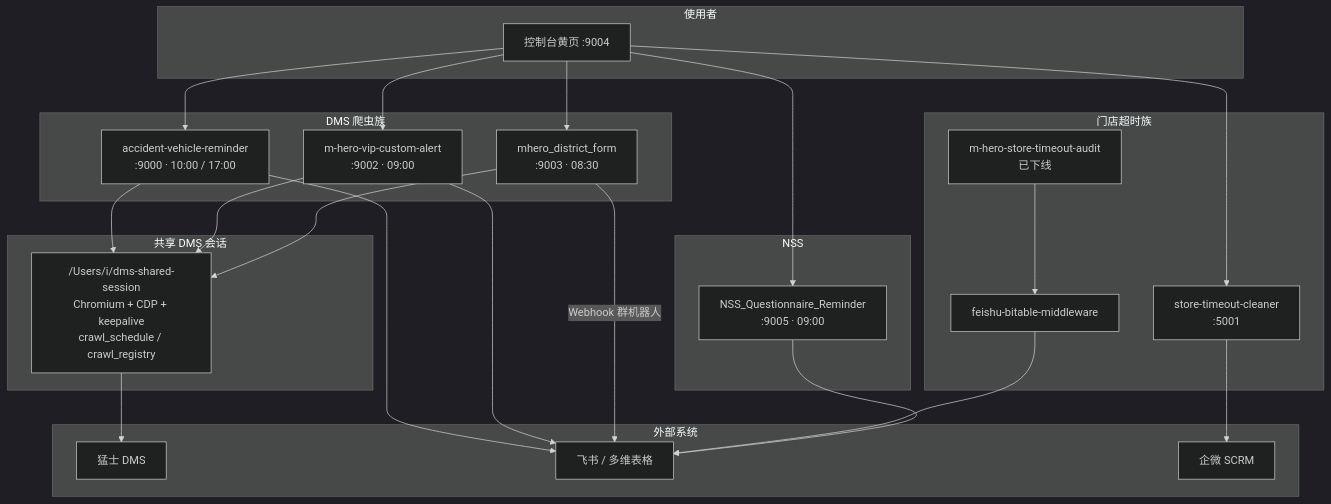
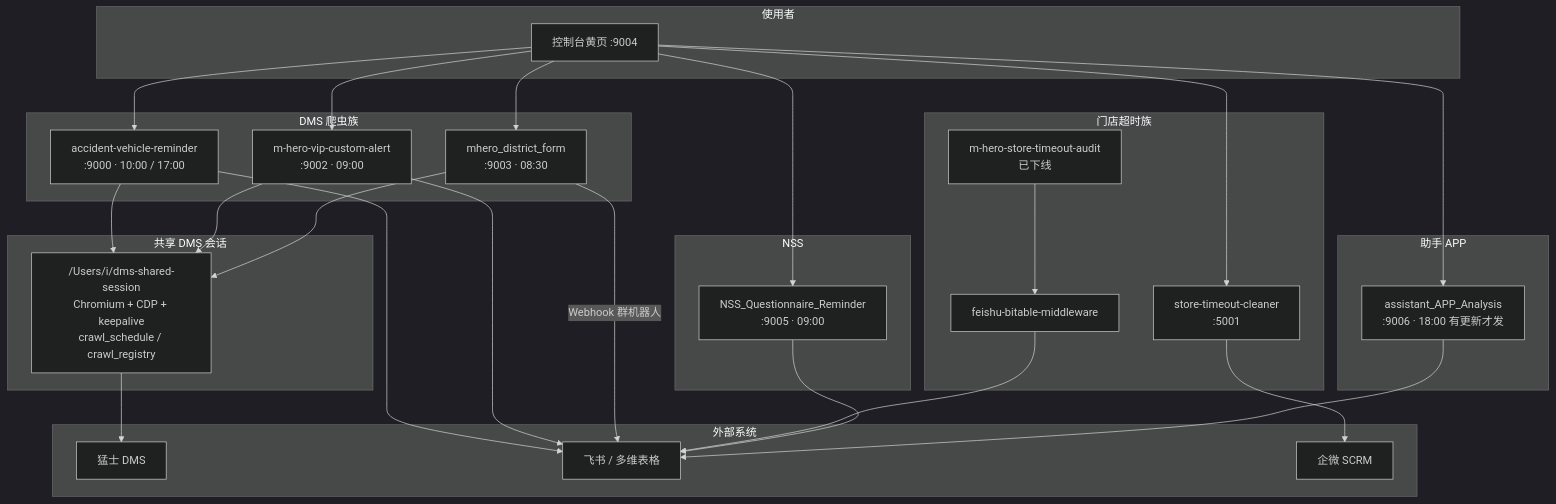
The diagram in README.md (kaisonlau8/m-hero), drawn with Mermaid (dark theme) before and after one commit. The commit also changed other lines of this file and 4 other files, not shown here.

First line of the commit message:
收录助手 APP 安装看板（m-hero-assistant-app）

````diff
--- a/README.md
+++ b/README.md
@@ -47,41 +49,46 @@
 ```mermaid
 flowchart TB
   subgraph users [使用者]
     OA[控制台黄页 :9004]
   end
 
   subgraph dms_shared [共享 DMS 会话]
     SES["/Users/i/dms-shared-session\nChromium + CDP + keepalive\ncrawl_schedule / crawl_registry"]
   end
 
   subgraph crawlers [DMS 爬虫族]
     ACC[accident-vehicle-reminder\n:9000 · 10:00 / 17:00]
     VIP[m-hero-vip-custom-alert\n:9002 · 09:00]
     DIST[mhero_district_form\n:9003 · 08:30]
   end
 
   subgraph timeout [门店超时族]
     AUDIT[m-hero-store-timeout-audit\n已下线]
     CLEAN[store-timeout-cleaner\n:5001]
     MID[feishu-bitable-middleware]
   end
 
   subgraph nss [NSS]
     NSS[NSS_Questionnaire_Reminder\n:9005 · 09:00]
   end
 
+  subgraph appinstall [助手 APP]
+    APP[assistant_APP_Analysis\n:9006 · 18:00 有更新才发]
+  end
+
   subgraph external [外部系统]
     DMS[猛士 DMS]
     FS[飞书 / 多维表格]
     SCRM[企微 SCRM]
   end
 
-  OA --> ACC & VIP & DIST & CLEAN & NSS
+  OA --> ACC & VIP & DIST & CLEAN & NSS & APP
   ACC & VIP & DIST --> SES
   SES --> DMS
   ACC & VIP --> FS
   DIST -->|Webhook 群机器人| FS
   AUDIT --> MID --> FS
   CLEAN --> SCRM
   NSS --> FS
+  APP --> FS
 ```
````
